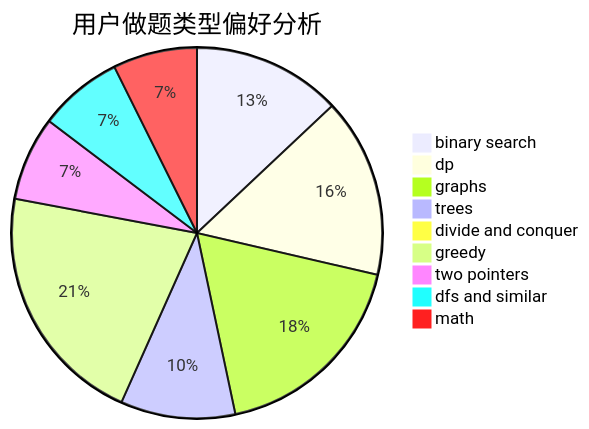
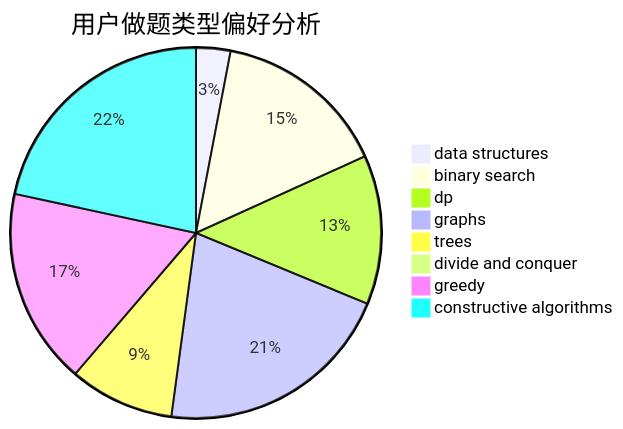
One commit to sherpahu/cfrs.github.io changed the second of 3 diagrams in docs/user/u1928.md. Above: the diagram before and after it, drawn with Mermaid. The commit also changed other lines of this file and 2775 other files, not shown here.

````diff
--- a/docs/user/u1928.md
+++ b/docs/user/u1928.md
@@ -23,12 +23,11 @@
 ```mermaid
 pie title 用户做题类型偏好分析
-    "binary search" :  205
-    "dp" :  247
-    "graphs" :  285
-    "trees" :  158
-    "divide and conquer" :  2
-    "greedy" :  336
-    "two pointers" :  116
-    "dfs and similar" :  116
-    "math" :  116
+    "data structures" :  38
+    "binary search" :  193
+    "dp" :  165
+    "graphs" :  265
+    "trees" :  116
+    "divide and conquer" :  0
+    "greedy" :  217
+    "constructive algorithms" :  274
 ```
````
